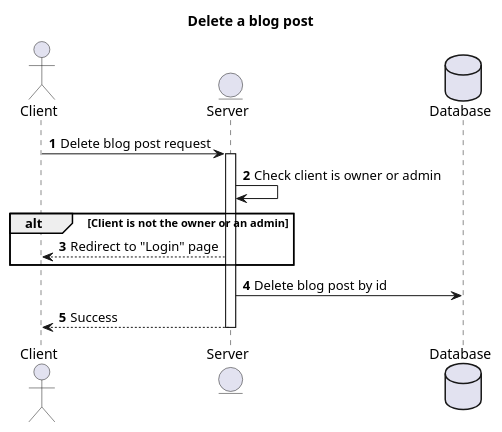
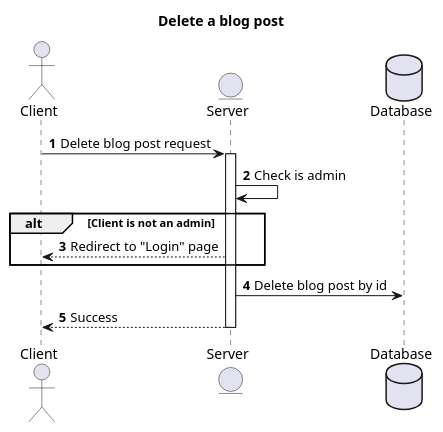
The diagram in docs/puml/sequence/blog/delete_blog_post.puml (acecconato/AnthonyCecconato_5_18102021), drawn with PlantUML before and after one commit. The commit also changed 46 other files, not shown here.

```diff
--- a/docs/puml/sequence/blog/delete_blog_post.puml
+++ b/docs/puml/sequence/blog/delete_blog_post.puml
@@ -1,26 +1,26 @@
 @startuml
 
 title Delete a blog post
 autonumber
 
-actor Client 
-entity Server 
-Database Database 
+actor Client
+entity Server
+Database Database
 
 Client -> Server : Delete blog post request
 
 activate Server
 
-Server -> Server : Check client is owner or admin
+Server -> Server : Check is admin
 
-alt Client is not the owner or an admin
+alt Client is not an admin
     Server --> Client : Redirect to "Login" page
 end
 
 Server -> Database : Delete blog post by id
 
 Server --> Client : Success
 
 deactivate Server
 
 @enduml
```
